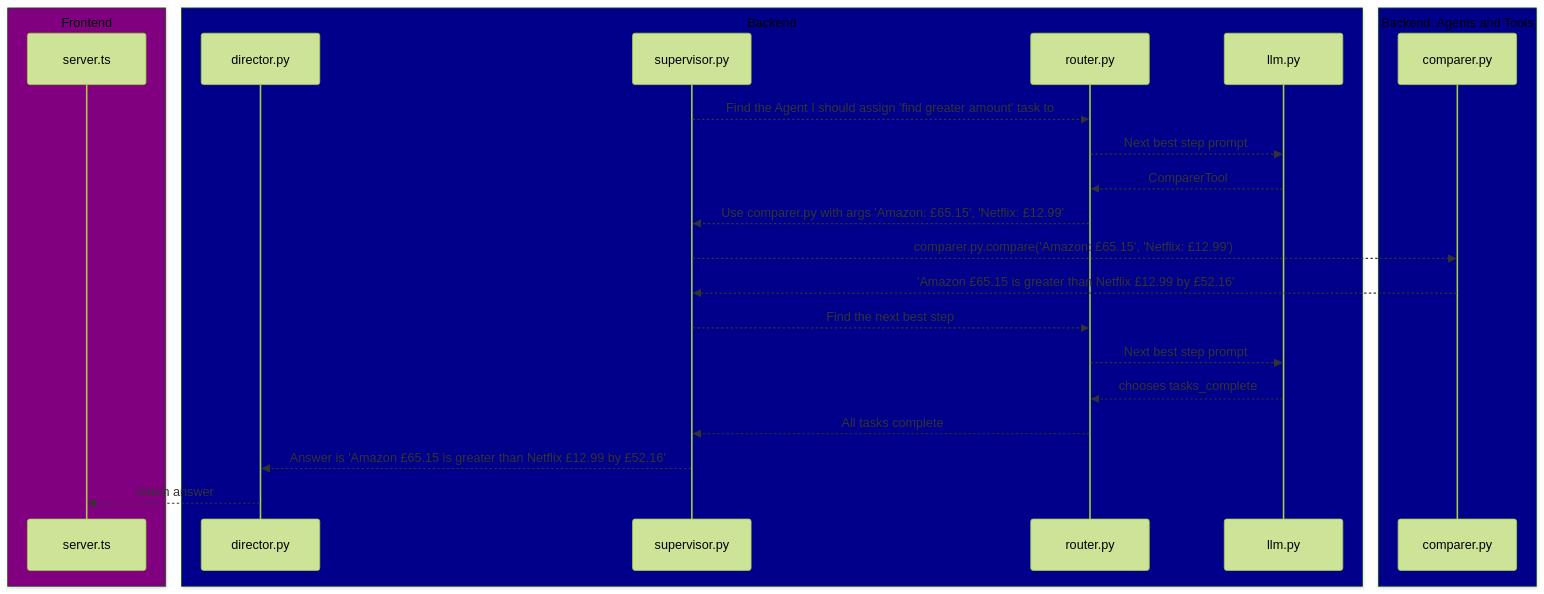
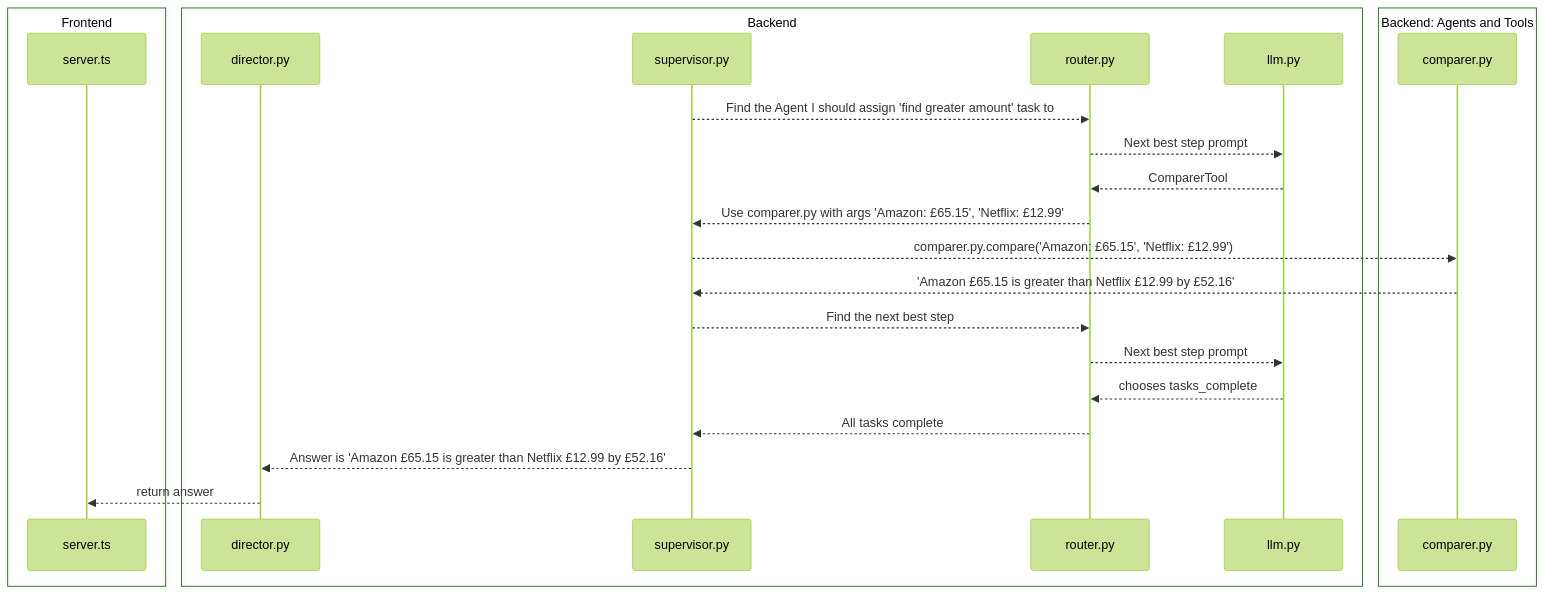
Before and after one commit to WaitThatShouldntWork/InferGPT: the fifth of 5 diagrams in assets/sum-my-subscriptions/happy_flows_sum_my_subs_python_modules.md, drawn with Mermaid (forest theme). The commit also changed other lines of this file and 3 other files, not shown here.

````diff
--- a/assets/sum-my-subscriptions/happy_flows_sum_my_subs_python_modules.md
+++ b/assets/sum-my-subscriptions/happy_flows_sum_my_subs_python_modules.md
@@ -83,27 +83,27 @@
 ```mermaid
 sequenceDiagram
-    box Purple Frontend
+    box Frontend
     participant server.ts
     end
-    box DarkBlue Backend
+    box Backend
     participant director.py
     participant supervisor.py
     participant router.py
     participant llm.py
     end
-    box DarkBlue Backend: Agents and Tools
+    box Backend: Agents and Tools
     participant comparer.py
     end
     supervisor.py -->> router.py: Find the Agent I should assign 'find greater amount' task to
     router.py -->> llm.py: Next best step prompt
     llm.py -->> router.py: ComparerTool
     router.py -->> supervisor.py: Use comparer.py with args 'Amazon: £65.15', 'Netflix: £12.99'
     supervisor.py -->> comparer.py: comparer.py.compare('Amazon: £65.15', 'Netflix: £12.99')
     comparer.py -->> supervisor.py: 'Amazon £65.15 is greater than Netflix £12.99 by £52.16'
     supervisor.py -->> router.py: Find the next best step
     router.py -->> llm.py: Next best step prompt
     llm.py -->> router.py: chooses tasks_complete
     router.py -->> supervisor.py: All tasks complete
     supervisor.py -->> director.py: Answer is 'Amazon £65.15 is greater than Netflix £12.99 by £52.16'
     director.py -->> server.ts: return answer
 ```
````
